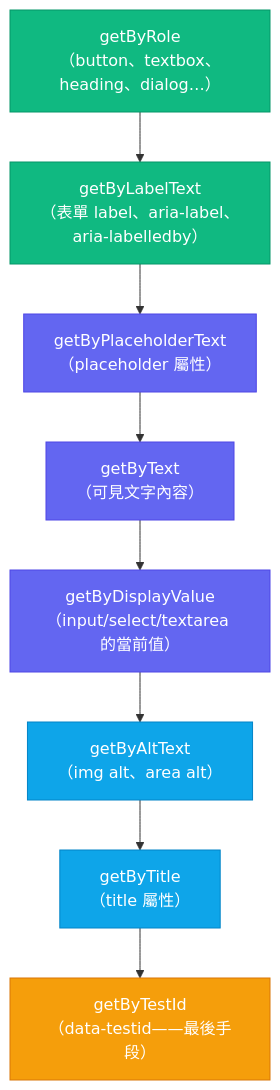
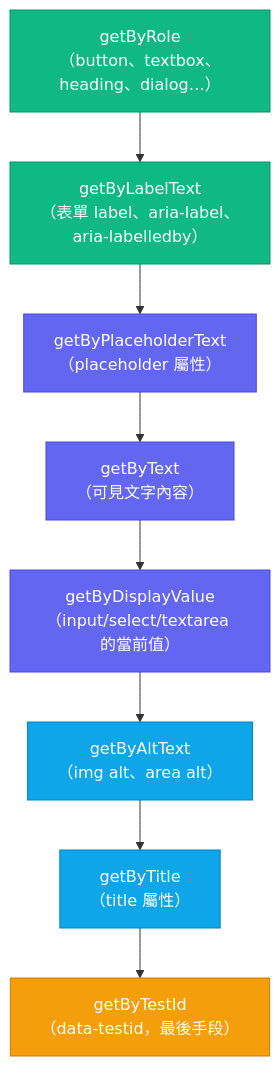
One commit to alivedise/frontend-engineering-essentials changed the diagram in docs/zh-tw/Testing Strategies/1102.md. Above: the diagram before and after it, drawn with Mermaid. The commit also changed other lines of this file and 3 other files, not shown here.

````diff
--- a/docs/zh-tw/Testing Strategies/1102.md
+++ b/docs/zh-tw/Testing Strategies/1102.md
@@ -125,22 +44,22 @@
 ```mermaid
 flowchart TD
     A["getByRole\n（button、textbox、heading、dialog…）"]
     B["getByLabelText\n（表單 label、aria-label、aria-labelledby）"]
     C["getByPlaceholderText\n（placeholder 屬性）"]
     D["getByText\n（可見文字內容）"]
     E["getByDisplayValue\n（input/select/textarea 的當前值）"]
     F["getByAltText\n（img alt、area alt）"]
     G["getByTitle\n（title 屬性）"]
-    H["getByTestId\n（data-testid——最後手段）"]
+    H["getByTestId\n（data-testid，最後手段）"]
 
     A --> B --> C --> D --> E --> F --> G --> H
 
     style A fill:#10b981,color:#fff,stroke:#059669
     style B fill:#10b981,color:#fff,stroke:#059669
     style C fill:#6366f1,color:#fff,stroke:#4f46e5
     style D fill:#6366f1,color:#fff,stroke:#4f46e5
     style E fill:#6366f1,color:#fff,stroke:#4f46e5
     style F fill:#0ea5e9,color:#fff,stroke:#0284c7
     style G fill:#0ea5e9,color:#fff,stroke:#0284c7
     style H fill:#f59e0b,color:#fff,stroke:#d97706
 ```
````
